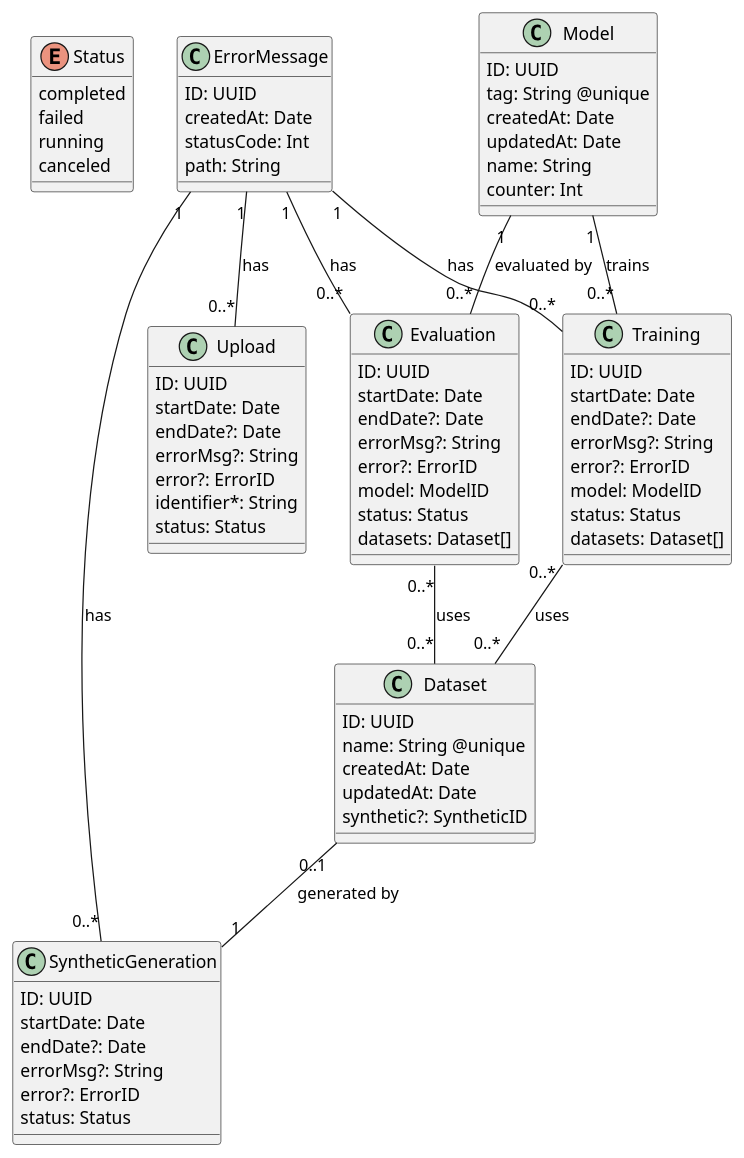
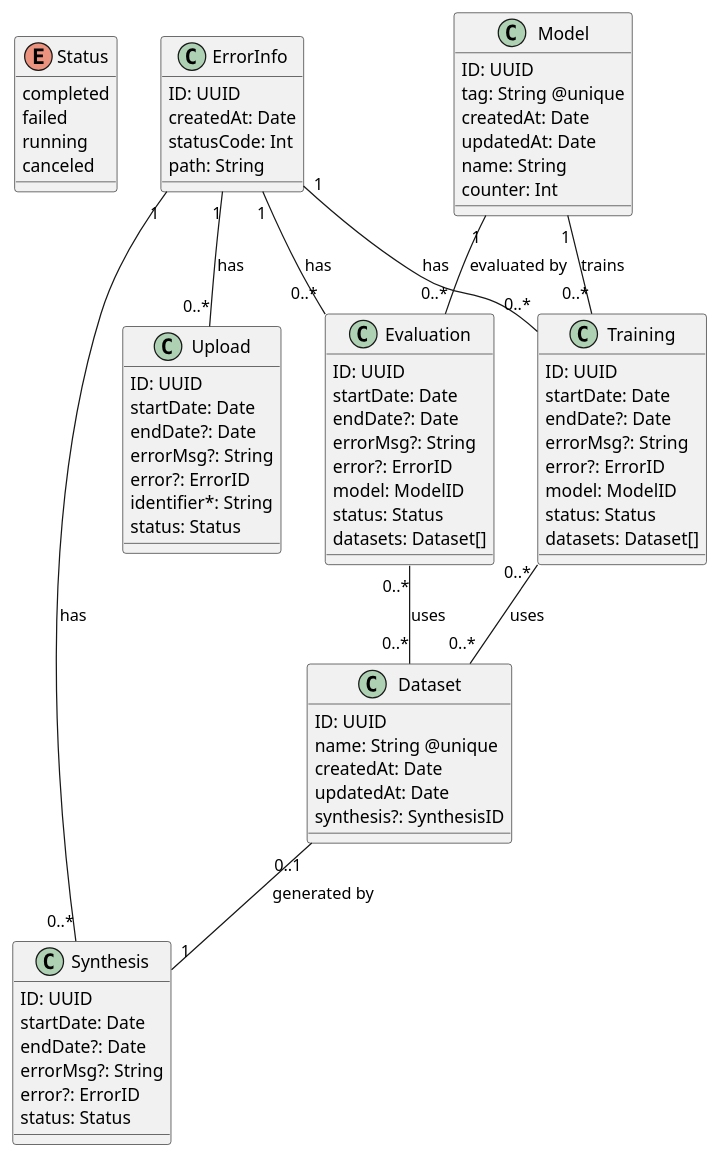
One commit to Yukasama/vectorize changed the diagram in docs/entity-relation.plantuml. Above: the diagram before and after it, drawn with PlantUML. The commit also changed 18 other files, not shown here.

```diff
--- a/docs/entity-relation.plantuml
+++ b/docs/entity-relation.plantuml
@@ -1,88 +1,88 @@
 @startuml ER-Diagram für die SQLite Datenbank
 
 enum Status {
   completed
   failed
   running
   canceled
 }
 
-class ErrorMessage {
+class ErrorInfo {
   ID: UUID
   createdAt: Date
   statusCode: Int
   path: String
 }
 
 class Upload {
   ID: UUID
   startDate: Date
   endDate?: Date
   errorMsg?: String
   error?: ErrorID
   identifier*: String
   status: Status
 }
 
 class Training {
   ID: UUID
   startDate: Date
   endDate?: Date
   errorMsg?: String
   error?: ErrorID
   model: ModelID
   status: Status
   datasets: Dataset[]
 }
 
 class Evaluation {
   ID: UUID
   startDate: Date
   endDate?: Date
   errorMsg?: String
   error?: ErrorID
   model: ModelID
   status: Status
   datasets: Dataset[]
 }
 
 class Model {
   ID: UUID
   tag: String @unique
   createdAt: Date
   updatedAt: Date
   name: String
   counter: Int
 }
 
 class Dataset {
   ID: UUID
   name: String @unique
   createdAt: Date
   updatedAt: Date
-  synthetic?: SyntheticID
+  synthesis?: SynthesisID
 }
 
-class SyntheticGeneration {
+class Synthesis {
   ID: UUID
   startDate: Date
   endDate?: Date
   errorMsg?: String
   error?: ErrorID
   status: Status
 }
 
-ErrorMessage "1" -- "0..*" Upload : has
-ErrorMessage "1" -- "0..*" Training : has
-ErrorMessage "1" -- "0..*" Evaluation : has
-ErrorMessage "1" -- "0..*" SyntheticGeneration : has
+ErrorInfo "1" -- "0..*" Upload : has
+ErrorInfo "1" -- "0..*" Training : has
+ErrorInfo "1" -- "0..*" Evaluation : has
+ErrorInfo "1" -- "0..*" Synthesis : has
 
 Model "1" -- "0..*" Training : trains
 Model "1" -- "0..*" Evaluation : evaluated by
 
 Training "0..*" -- "0..*" Dataset : uses
 Evaluation "0..*" -- "0..*" Dataset : uses
 
-Dataset "0..1" -- "1" SyntheticGeneration : generated by
+Dataset "0..1" -- "1" Synthesis : generated by
 
 @enduml
```
